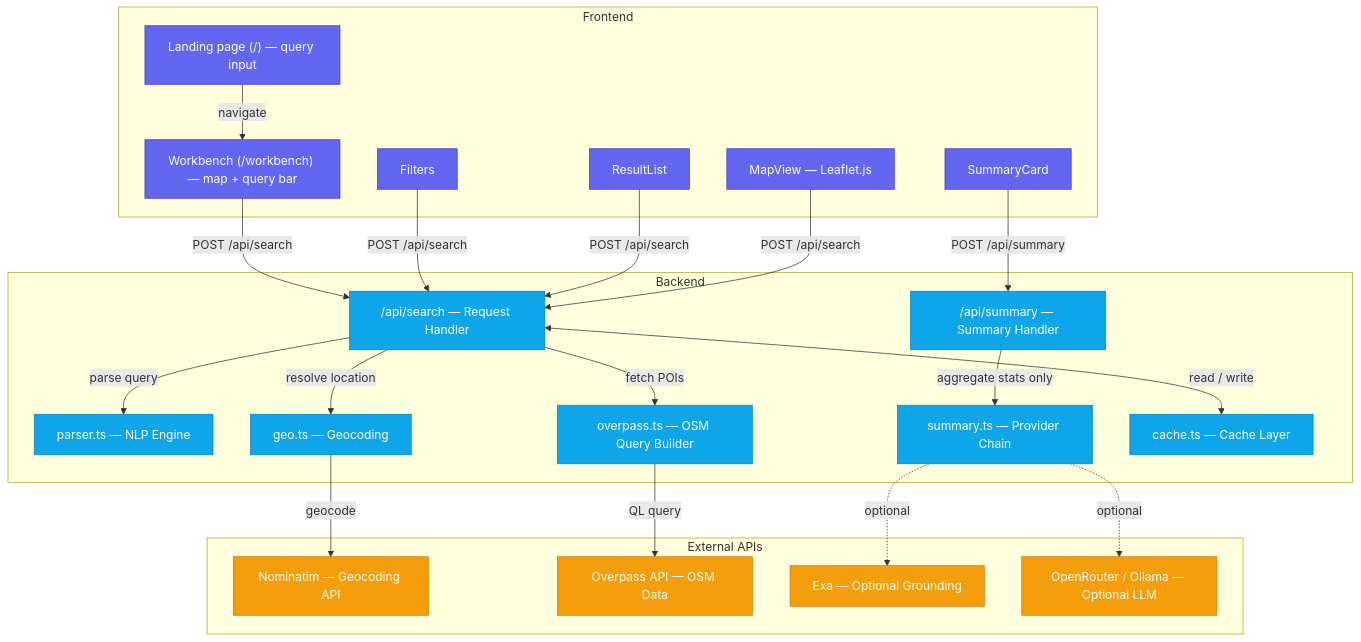
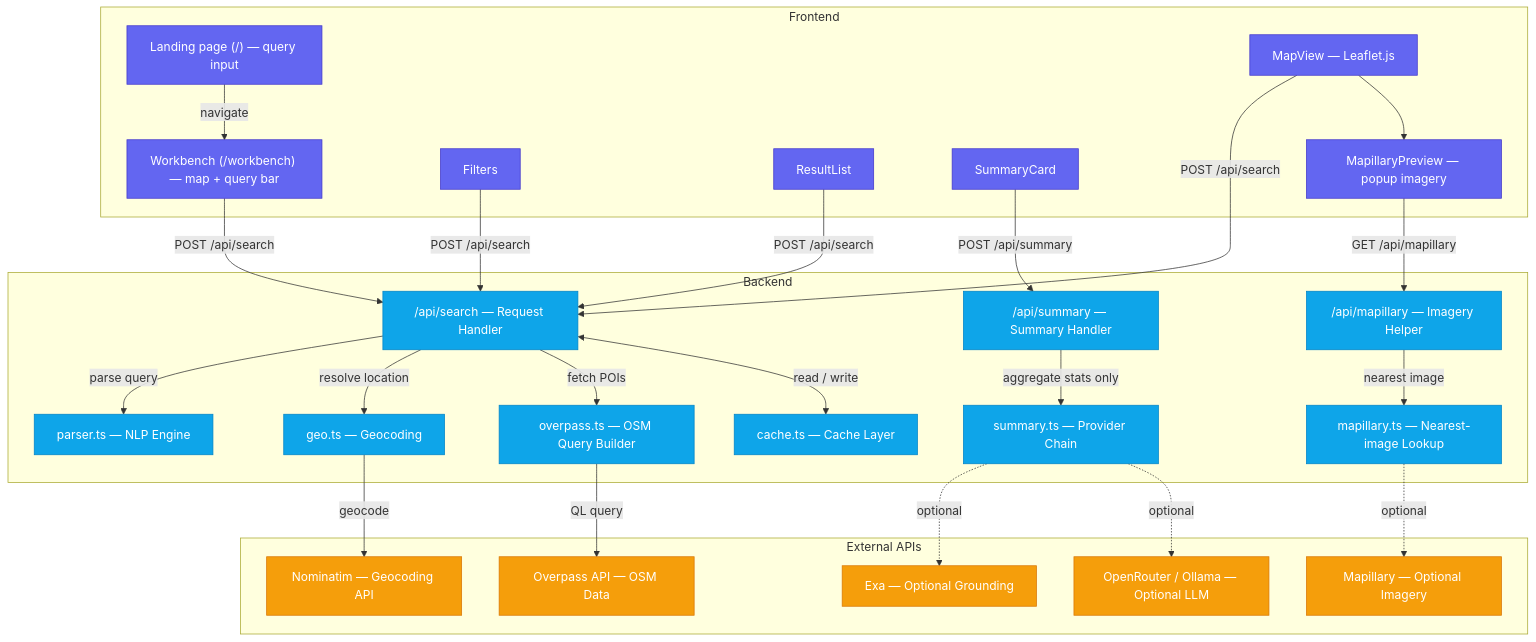
The diagram in README.md (Aviox8/lighthouse), drawn with Mermaid before and after one commit. The commit also changed other lines of this file and 16 other files, not shown here.

````diff
--- a/README.md
+++ b/README.md
@@ -25,51 +25,59 @@
 ```mermaid
 flowchart TB
     classDef frontend fill:#6366f1,stroke:#4338ca,color:#fff
     classDef backend fill:#0ea5e9,stroke:#0284c7,color:#fff
     classDef external fill:#f59e0b,stroke:#d97706,color:#fff
 
     subgraph FE["Frontend"]
         Homepage["Landing page (/) — query input"]
         Workbench["Workbench (/workbench) — map + query bar"]
         Filters["Filters"]
         ResultList["ResultList"]
         SummaryCard["SummaryCard"]
         MapView["MapView — Leaflet.js"]
+        MapillaryPreview["MapillaryPreview — popup imagery"]
     end
 
     subgraph BE["Backend"]
         route["/api/search — Request Handler"]
         summaryRoute["/api/summary — Summary Handler"]
+        mapillaryRoute["/api/mapillary — Imagery Helper"]
         parser["parser.ts — NLP Engine"]
         geo["geo.ts — Geocoding"]
         overpass["overpass.ts — OSM Query Builder"]
         summary["summary.ts — Provider Chain"]
+        mapillary["mapillary.ts — Nearest-image Lookup"]
         cache["cache.ts — Cache Layer"]
     end
 
     subgraph EX["External APIs"]
         Nominatim["Nominatim — Geocoding API"]
         OverpassAPI["Overpass API — OSM Data"]
+        MapillaryAPI["Mapillary — Optional Imagery"]
         Exa["Exa — Optional Grounding"]
         LLM["OpenRouter / Ollama — Optional LLM"]
     end
 
     Homepage -->|"navigate"| Workbench
     Workbench & Filters & ResultList & MapView -->|"POST /api/search"| route
     SummaryCard -->|"POST /api/summary"| summaryRoute
+    MapView --> MapillaryPreview
+    MapillaryPreview -->|"GET /api/mapillary"| mapillaryRoute
 
     route -->|"parse query"| parser
     route -->|"resolve location"| geo
     route -->|"fetch POIs"| overpass
     route <-->|"read / write"| cache
     summaryRoute -->|"aggregate stats only"| summary
+    mapillaryRoute -->|"nearest image"| mapillary
 
     geo -->|"geocode"| Nominatim
     overpass -->|"QL query"| OverpassAPI
+    mapillary -.->|"optional"| MapillaryAPI
     summary -.->|"optional"| Exa
     summary -.->|"optional"| LLM
 
-    class Homepage,Workbench,Filters,ResultList,SummaryCard,MapView frontend
-    class route,summaryRoute,parser,geo,overpass,summary,cache backend
-    class Nominatim,OverpassAPI,Exa,LLM external
+    class Homepage,Workbench,Filters,ResultList,SummaryCard,MapView,MapillaryPreview frontend
+    class route,summaryRoute,mapillaryRoute,parser,geo,overpass,summary,mapillary,cache backend
+    class Nominatim,OverpassAPI,MapillaryAPI,Exa,LLM external
 ```
````
